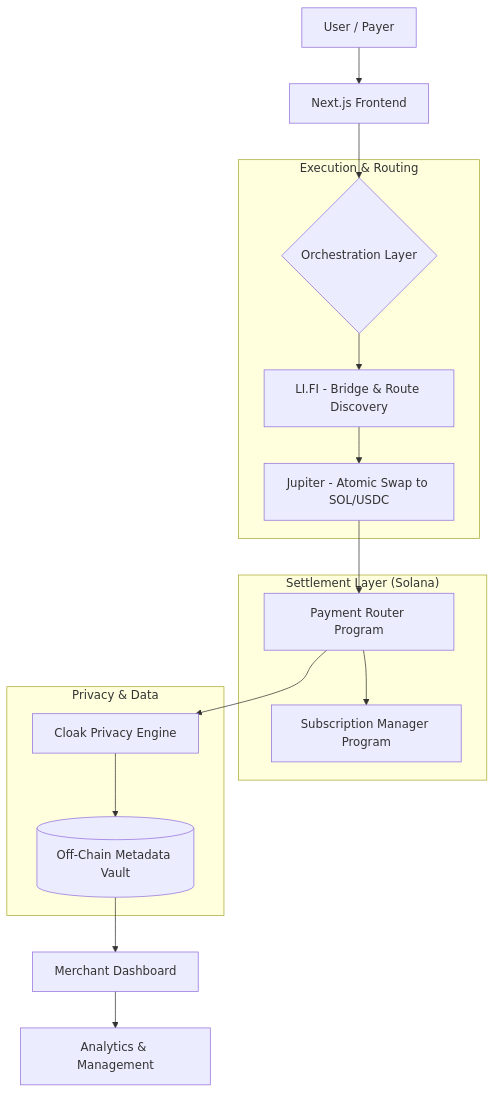
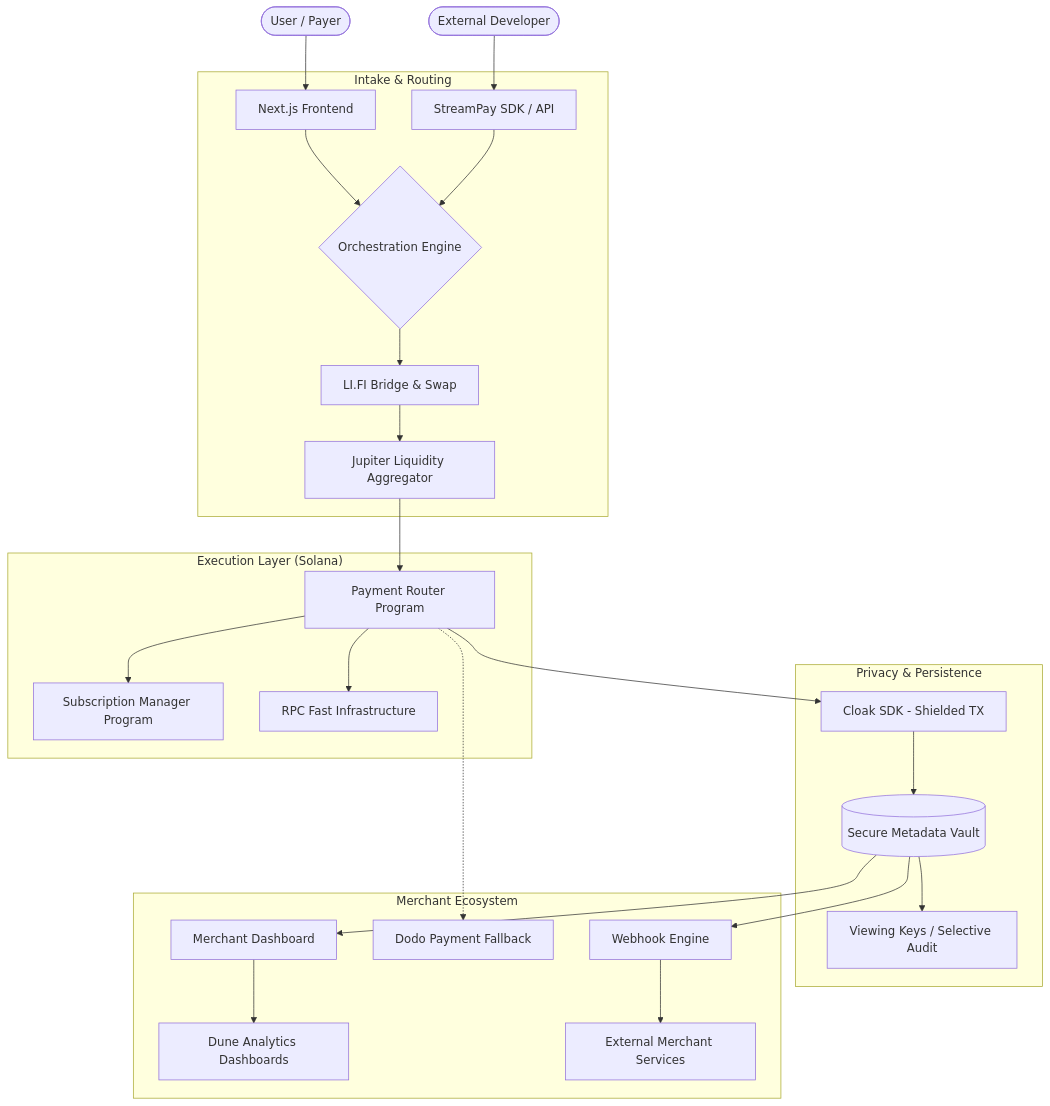
Before and after one commit to rohan911438/Streampay: the diagram in README.md, drawn with Mermaid. The commit also changed other lines of this file, not shown here.

````diff
--- a/README.md
+++ b/README.md
@@ -82,23 +73,31 @@
 ```mermaid
 graph TD
-    A[User / Payer] --> B[Next.js Frontend]
-    B --> C{Orchestration Layer}
+    User([User / Payer]) --> WebApp[Next.js Frontend]
+    Developer([External Developer]) --> SDK[StreamPay SDK / API]
     
-    subgraph "Execution & Routing"
-    C --> D[LI.FI - Bridge & Route Discovery]
-    D --> E[Jupiter - Atomic Swap to SOL/USDC]
+    subgraph "Intake & Routing"
+    WebApp & SDK --> Orch{Orchestration Engine}
+    Orch --> LIFI[LI.FI Bridge & Swap]
+    LIFI --> Jup[Jupiter Liquidity Aggregator]
     end
     
-    subgraph "Settlement Layer (Solana)"
-    E --> F[Payment Router Program]
-    F --> G[Subscription Manager Program]
+    subgraph "Execution Layer (Solana)"
+    Jup --> Router[Payment Router Program]
+    Router --> SubMgr[Subscription Manager Program]
+    Router --> RPC[RPC Fast Infrastructure]
     end
     
-    subgraph "Privacy & Data"
-    F --> H[Cloak Privacy Engine]
-    H --> I[(Off-Chain Metadata Vault)]
+    subgraph "Privacy & Persistence"
+    Router --> Cloak[Cloak SDK - Shielded TX]
+    Cloak --> Vault[(Secure Metadata Vault)]
+    Vault --> Keys[Viewing Keys / Selective Audit]
     end
     
-    I --> J[Merchant Dashboard]
-    J --> K[Analytics & Management]
+    subgraph "Merchant Ecosystem"
+    Vault --> Dash[Merchant Dashboard]
+    Dash --> Dune[Dune Analytics Dashboards]
+    Router -.-> Dodo[Dodo Payment Fallback]
+    Vault --> Webhooks[Webhook Engine]
+    Webhooks --> ExtSrv[External Merchant Services]
+    end
 ```
````
